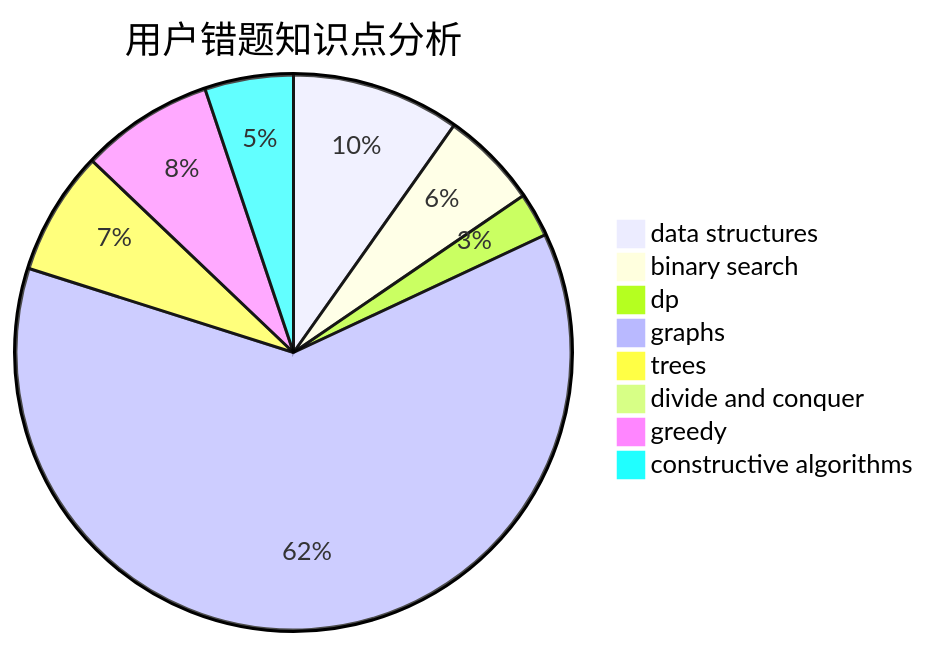
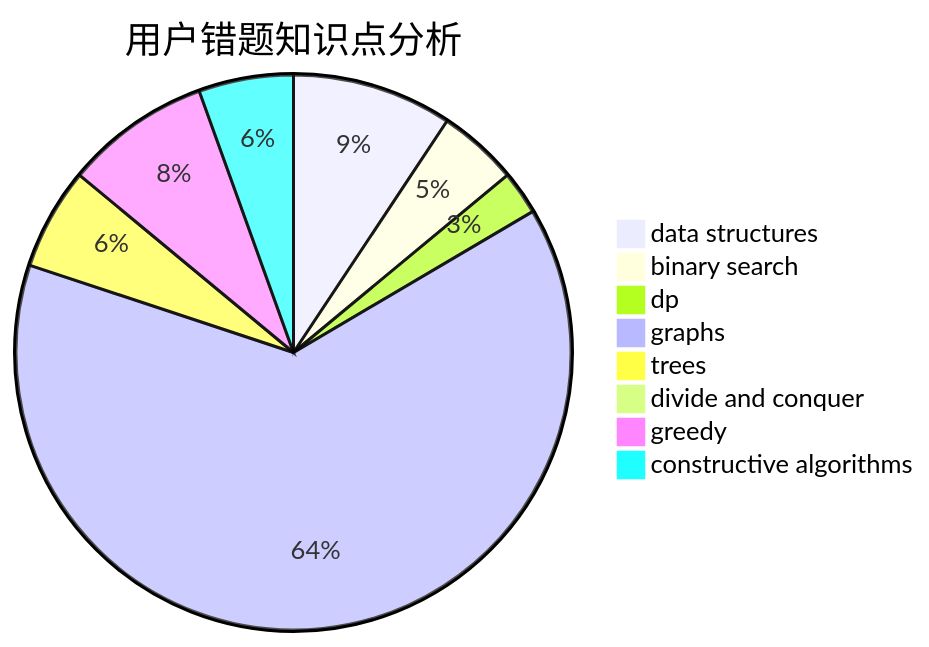
One commit to sherpahu/cfrs.github.io changed the third of 3 diagrams in docs/user/u847.md. Above: the diagram before and after it, drawn with Mermaid. The commit also changed other lines of this file and 2770 other files, not shown here.

````diff
--- a/docs/user/u847.md
+++ b/docs/user/u847.md
@@ -36,11 +36,11 @@
 ```mermaid
 pie title 用户错题知识点分析
-    "data structures" :  19
+    "data structures" :  22
     "binary search" :  11
-    "dp" :  5
-    "graphs" :  120
+    "dp" :  6
+    "graphs" :  150
     "trees" :  14
     "divide and conquer" :  0
-    "greedy" :  15
-    "constructive algorithms" :  10
+    "greedy" :  20
+    "constructive algorithms" :  13
 ```
````
